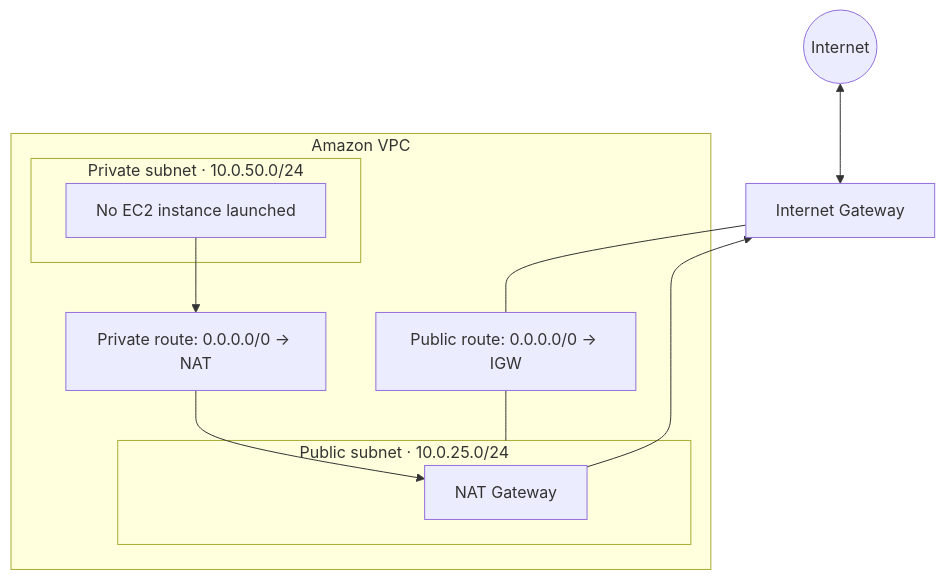
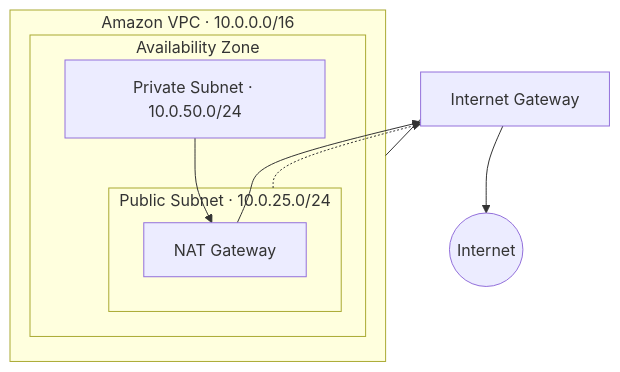
The diagram in aws/cloud-practitioner/labs/01-introduction-to-amazon-vpc/README.md (Joaopmsitz/cloud-labs), drawn with Mermaid before and after one commit. The commit also changed other lines of this file, not shown here.

Commit message:
docs(aws): document Amazon VPC lab

````diff
--- a/aws/cloud-practitioner/labs/01-introduction-to-amazon-vpc/README.md
+++ b/aws/cloud-practitioner/labs/01-introduction-to-amazon-vpc/README.md
@@ -27,25 +25,21 @@
 ```mermaid
 flowchart TB
     Internet((Internet))
     IGW[Internet Gateway]
 
-    subgraph VPC["Amazon VPC"]
-        subgraph Public["Public subnet · 10.0.25.0/24"]
-            NAT[NAT Gateway]
+    subgraph VPC["Amazon VPC · 10.0.0.0/16"]
+        subgraph AZ["Availability Zone"]
+            subgraph Public["Public Subnet · 10.0.25.0/24"]
+                NAT[NAT Gateway]
+            end
+
+            Private["Private Subnet · 10.0.50.0/24"]
         end
-
-        subgraph Private["Private subnet · 10.0.50.0/24"]
-            Workload["No EC2 instance launched"]
-        end
-
-        PublicRoute["Public route: 0.0.0.0/0 → IGW"]
-        PrivateRoute["Private route: 0.0.0.0/0 → NAT"]
     end
 
-    Internet <--> IGW
-    IGW --- PublicRoute
-    PublicRoute --- Public
-    PrivateRoute --> NAT
-    Workload --> PrivateRoute
+    IGW --- VPC
+    Public -.-> IGW
+    Private --> NAT
     NAT --> IGW
+    IGW --> Internet
 ```
````
